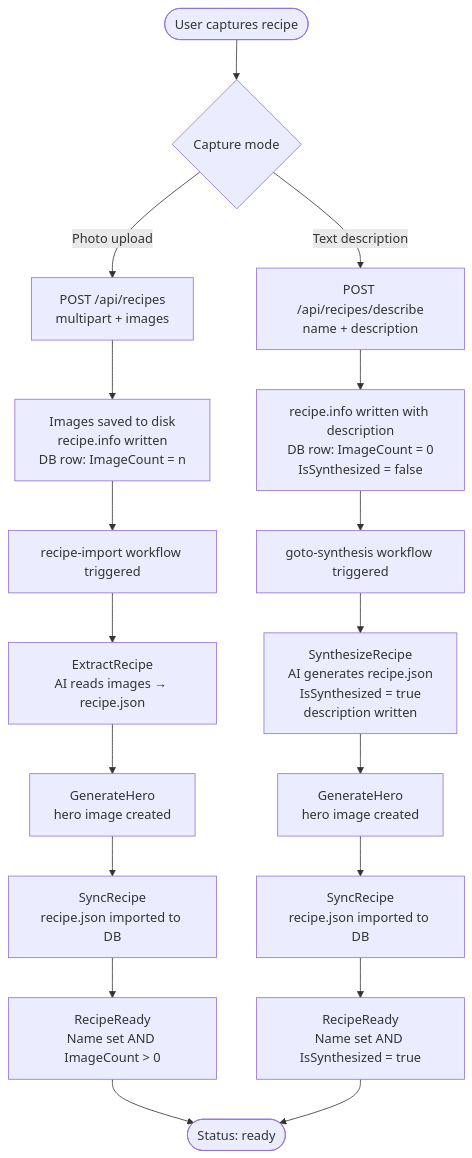
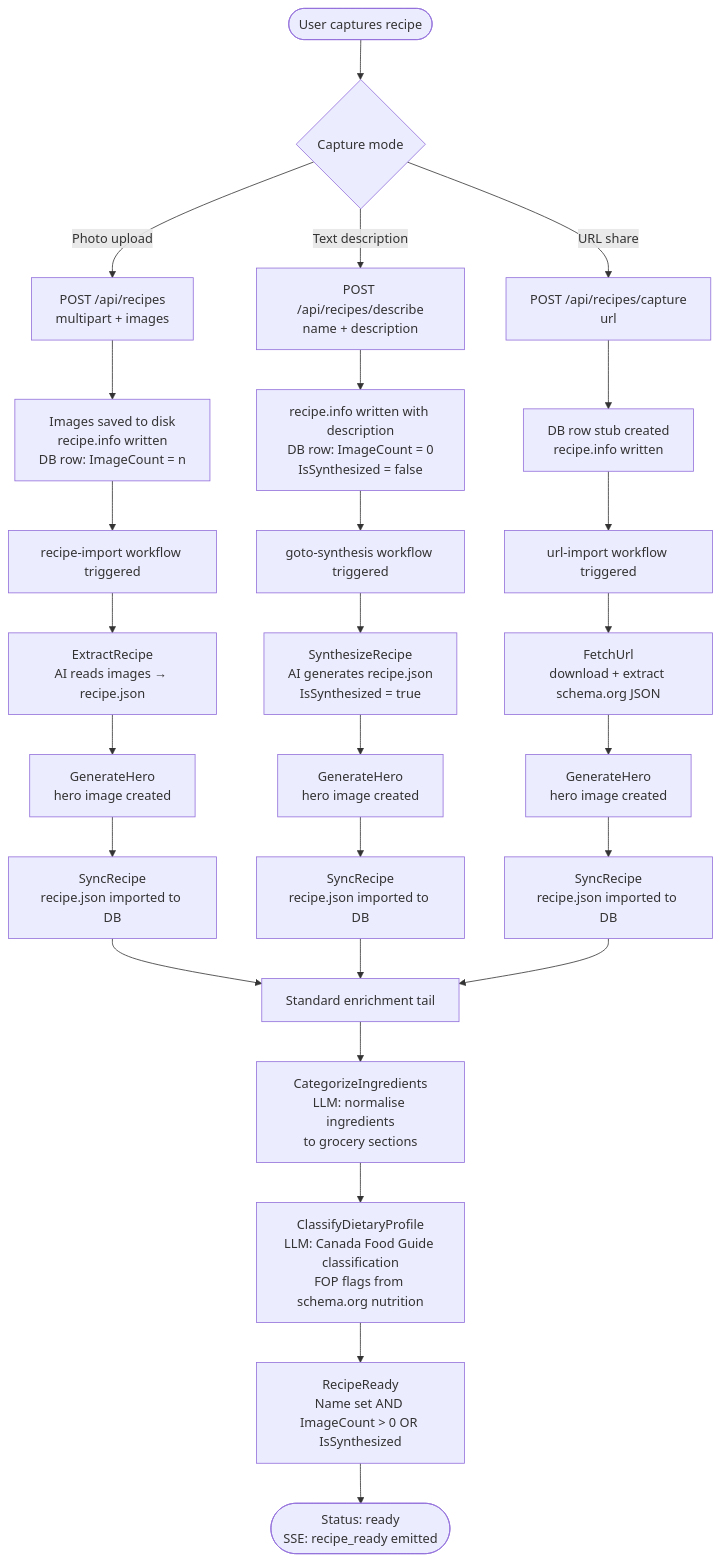
The diagram in docs/flows/data-flows/recipe-readiness.md (AlexandreBrisebois/whats-for-supper), drawn with Mermaid before and after one commit. The commit also changed other lines of this file and 5 other files, not shown here.

Commit message:
docs: document dietary classification flow, balance indicators, and URL import workflow updates

````diff
--- a/docs/flows/data-flows/recipe-readiness.md
+++ b/docs/flows/data-flows/recipe-readiness.md
@@ -34,26 +58,38 @@
 ```mermaid
 flowchart TD
     A([User captures recipe]) --> B{Capture mode}
 
     B -->|Photo upload| C[POST /api/recipes\nmultipart + images]
     B -->|Text description| D[POST /api/recipes/describe\nname + description]
+    B -->|URL share| E[POST /api/recipes/capture\nurl]
 
     C --> C1[Images saved to disk\nrecipe.info written\nDB row: ImageCount = n]
     D --> D1[recipe.info written with description\nDB row: ImageCount = 0\nIsSynthesized = false]
+    E --> E1[DB row stub created\nrecipe.info written]
 
     C1 --> G[recipe-import workflow triggered]
     D1 --> H[goto-synthesis workflow triggered]
+    E1 --> I[url-import workflow triggered]
 
     G --> G1[ExtractRecipe\nAI reads images → recipe.json]
     G1 --> G2[GenerateHero\nhero image created]
     G2 --> G3[SyncRecipe\nrecipe.json imported to DB]
-    G3 --> G4[RecipeReady\nName set AND ImageCount > 0]
 
-    H --> H1[SynthesizeRecipe\nAI generates recipe.json\nIsSynthesized = true\ndescription written]
+    H --> H1[SynthesizeRecipe\nAI generates recipe.json\nIsSynthesized = true]
     H1 --> H2[GenerateHero\nhero image created]
     H2 --> H3[SyncRecipe\nrecipe.json imported to DB]
-    H3 --> H4[RecipeReady\nName set AND IsSynthesized = true]
 
-    G4 --> R([Status: ready])
-    H4 --> R
+    I --> I1[FetchUrl\ndownload + extract schema.org JSON]
+    I1 --> I2[GenerateHero\nhero image created]
+    I2 --> I3[SyncRecipe\nrecipe.json imported to DB]
+
+    G3 --> TAIL[Standard enrichment tail]
+    H3 --> TAIL
+    I3 --> TAIL
+
+    TAIL --> T1[CategorizeIngredients\nLLM: normalise ingredients\nto grocery sections]
+    T1 --> T2[ClassifyDietaryProfile\nLLM: Canada Food Guide classification\nFOP flags from schema.org nutrition]
+    T2 --> T3[RecipeReady\nName set AND ImageCount > 0 OR IsSynthesized]
+
+    T3 --> R([Status: ready\nSSE: recipe_ready emitted])
 ```
````
